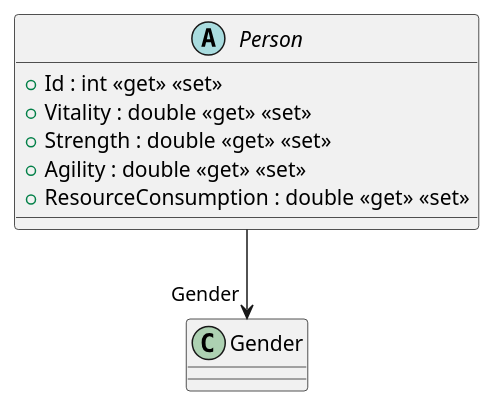
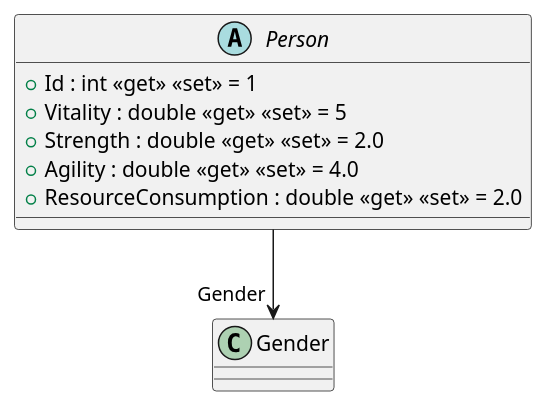
The diagram in UmlSchemas/Models/Professions/Person.puml (kollibroman/ColonySimulator), drawn with PlantUML before and after one commit. The commit also changed 20 other files, not shown here.

Commit message:
Change object schema and add startup class

```diff
--- a/UmlSchemas/Models/Professions/Person.puml
+++ b/UmlSchemas/Models/Professions/Person.puml
@@ -1,10 +1,10 @@
 @startuml
 abstract class Person {
-    + Id : int <<get>> <<set>>
-    + Vitality : double <<get>> <<set>>
-    + Strength : double <<get>> <<set>>
-    + Agility : double <<get>> <<set>>
-    + ResourceConsumption : double <<get>> <<set>>
+    + Id : int <<get>> <<set>> = 1
+    + Vitality : double <<get>> <<set>> = 5
+    + Strength : double <<get>> <<set>> = 2.0
+    + Agility : double <<get>> <<set>> = 4.0
+    + ResourceConsumption : double <<get>> <<set>> = 2.0
 }
 Person --> "Gender" Gender
 @enduml
```
